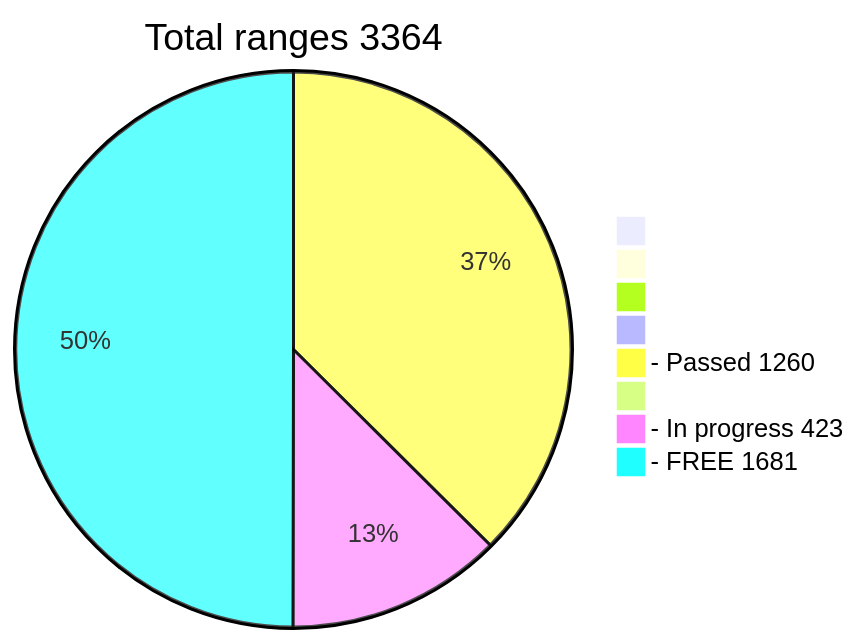
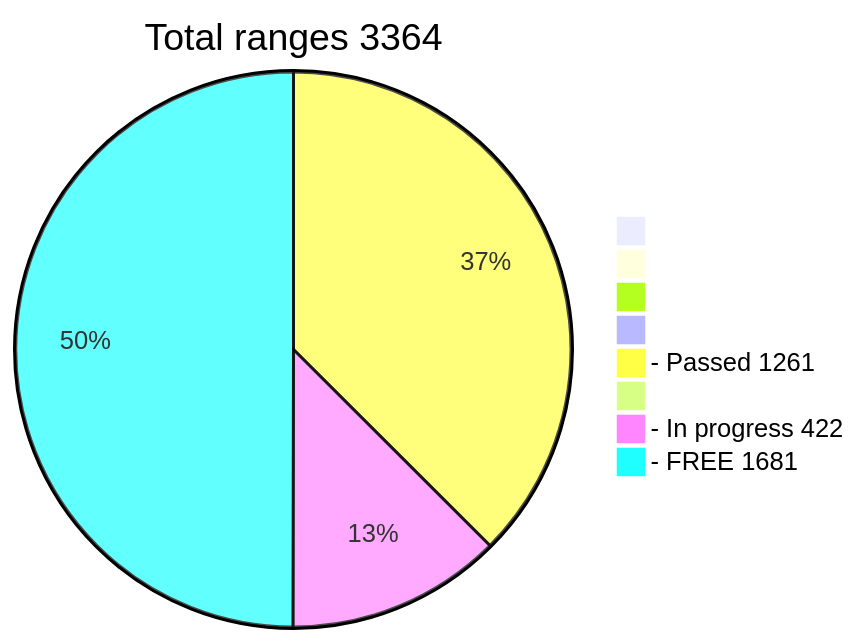
The diagram in README.md (phrutis/wif500), drawn with Mermaid before and after one commit.

````diff
--- a/README.md
+++ b/README.md
@@ -16,12 +16,12 @@
 ```mermaid
 pie title Total ranges 3364
              " " : 0
             "  " : 0
            "   " : 0
           "    " : 0
-  "- Passed 1260" : 1260
+  "- Passed 1261" : 1261
          "     " : 0
-  "- In progress 423" : 423
+  "- In progress 422" : 422
    "- FREE 1681" : 1681
    
 ```
````
